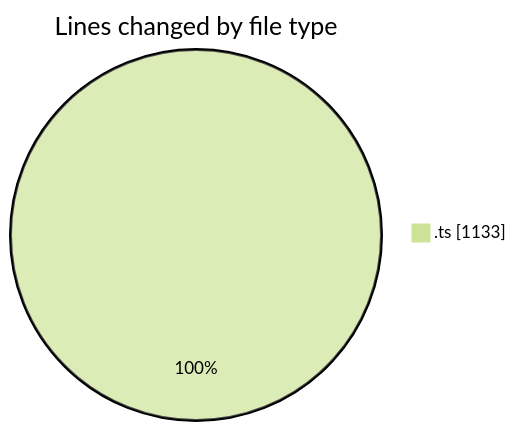
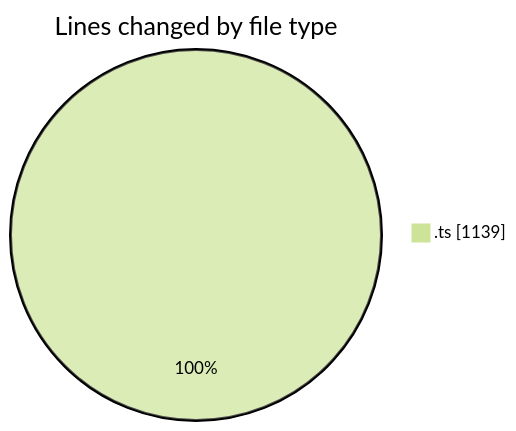
One commit to momahboobian/code-tracking changed the first of 2 diagrams in 2025-06-24/cda/README.md. Above: the diagram before and after it, drawn with Mermaid (forest theme). The commit also changed other lines of this file and 1 other file, not shown here.

````diff
--- a/2025-06-24/cda/README.md
+++ b/2025-06-24/cda/README.md
@@ -20,5 +20,5 @@
 ```mermaid
 pie showData
 title Lines changed by file type
-".ts" : 1133
+".ts" : 1139
 ```
````
